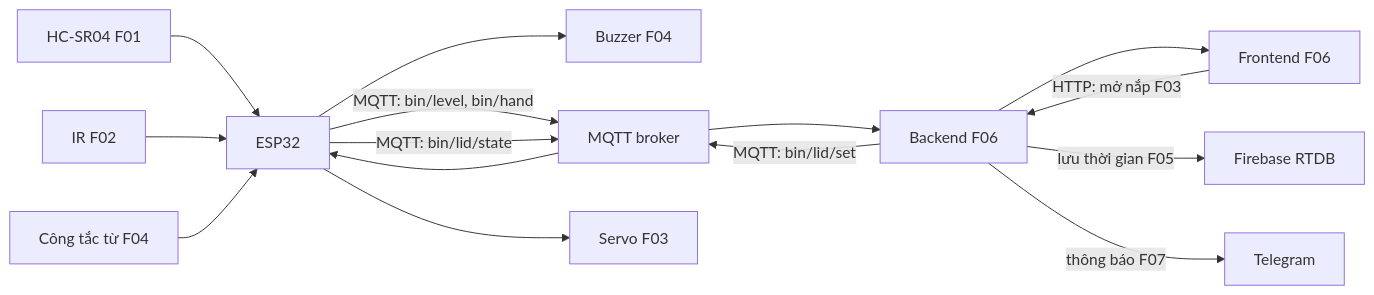
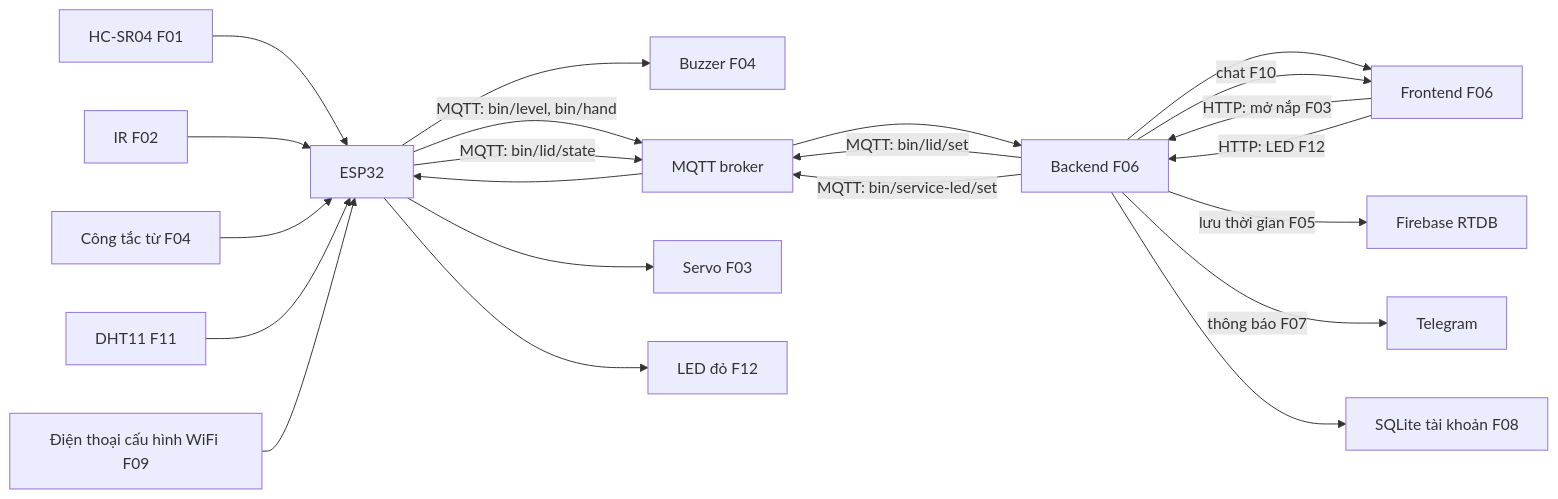
Before and after one commit to nvphuoc1172/iot-project-1: the diagram in 04_SMART_WASTE_BIN_SYSTEM.MD, drawn with Mermaid. The commit also changed other lines of this file and 4 other files, not shown here.

````diff
--- a/04_SMART_WASTE_BIN_SYSTEM.MD
+++ b/04_SMART_WASTE_BIN_SYSTEM.MD
@@ -60,17 +66,24 @@
 ```mermaid
 flowchart LR
   U["HC-SR04 F01"] --> E["ESP32"]
   IR["IR F02"] --> E
   M["Công tắc từ F04"] --> E
   E --> BZ["Buzzer F04"]
   E -->|MQTT: bin/level, bin/hand| MQ["MQTT broker"]
   MQ --> BE["Backend F06"]
   BE --> FE["Frontend F06"]
   FE -->|HTTP: mở nắp F03| BE
   BE -->|MQTT: bin/lid/set| MQ
   MQ --> E
   E --> S["Servo F03"]
   E -->|MQTT: bin/lid/state| MQ
   BE -->|lưu thời gian F05| DB["Firebase RTDB"]
   BE -->|thông báo F07| TG["Telegram"]
+  DHT["DHT11 F11"] --> E
+  FE -->|HTTP: LED F12| BE
+  BE -->|MQTT: bin/service-led/set| MQ
+  E --> LED["LED đỏ F12"]
+  BE --> AUTH["SQLite tài khoản F08"]
+  PHONE["Điện thoại cấu hình WiFi F09"] --> E
+  BE -->|chat F10| FE
 ```
````
